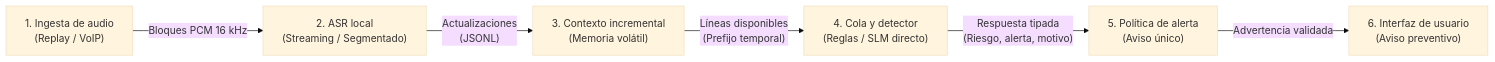
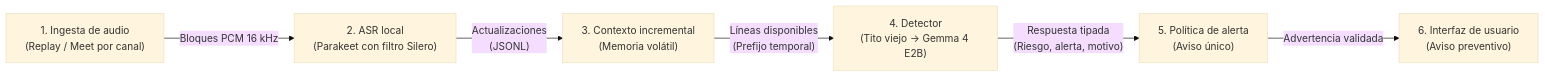
The first of 2 diagrams in docs/tesis/CAP-05-DISENO-Y-ARQUITECTURA.md (Corchets/bitacora_tesis), drawn with Mermaid (base theme) before and after one commit. The commit also changed other lines of this file and 29 other files, not shown here.

First line of the commit message:
feat: E2B con Tito viejo y Parakeet con filtro como configuración final, y borrador del informe (#51, #53)

````diff
--- a/docs/tesis/CAP-05-DISENO-Y-ARQUITECTURA.md
+++ b/docs/tesis/CAP-05-DISENO-Y-ARQUITECTURA.md
@@ -13,8 +13,8 @@
 ```mermaid
 flowchart LR
-    A["1. Ingesta de audio<br/>(Replay / VoIP)"] -->|"Bloques PCM 16 kHz"| B["2. ASR local<br/>(Streaming / Segmentado)"]
+    A["1. Ingesta de audio<br/>(Replay / Meet por canal)"] -->|"Bloques PCM 16 kHz"| B["2. ASR local<br/>(Parakeet con filtro Silero)"]
     B -->|"Actualizaciones<br/>(JSONL)"| C["3. Contexto incremental<br/>(Memoria volátil)"]
-    C -->|"Líneas disponibles<br/>(Prefijo temporal)"| D["4. Cola y detector<br/>(Reglas / SLM directo)"]
+    C -->|"Líneas disponibles<br/>(Prefijo temporal)"| D["4. Detector<br/>(Tito viejo → Gemma 4 E2B)"]
     D -->|"Respuesta tipada<br/>(Riesgo, alerta, motivo)"| E["5. Política de alerta<br/>(Aviso único)"]
     E -->|"Advertencia validada"| F["6. Interfaz de usuario<br/>(Aviso preventivo)"]
 ```
````
